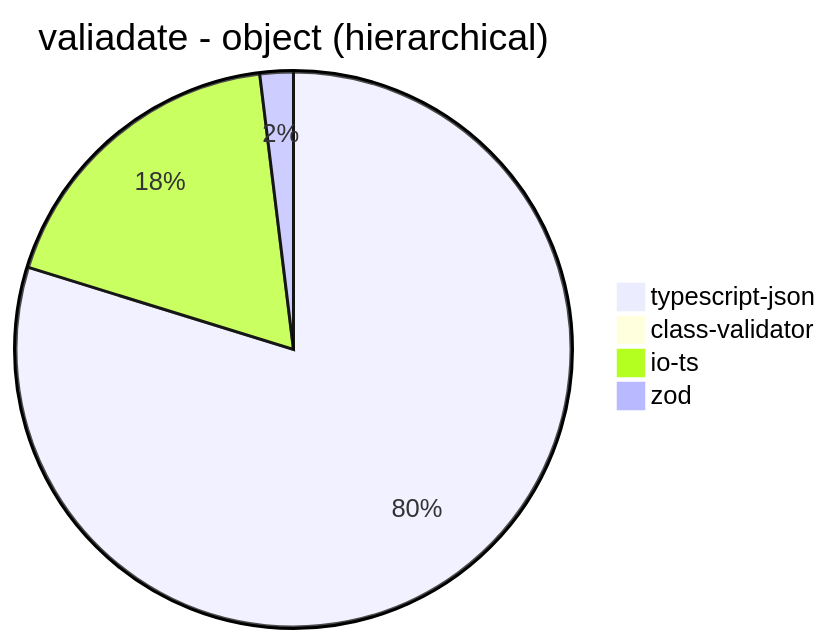
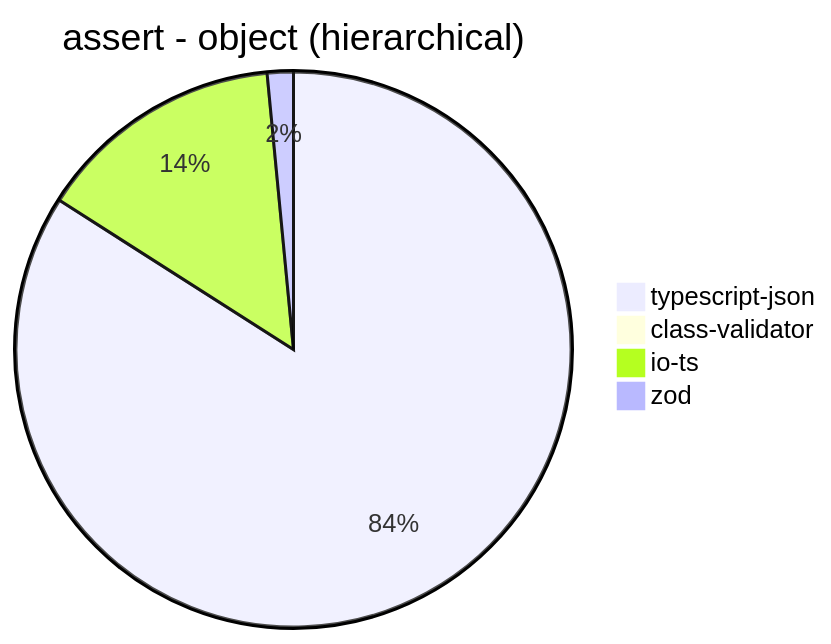
Before and after one commit to samchon/typia: the ninth of 40 diagrams in benchmark/results/AMD Ryzen 7 5800H with Radeon Graphics.md, drawn with Mermaid. The commit also changed other lines of this file and 4 other files, not shown here.

````diff
--- a/benchmark/results/AMD Ryzen 7 5800H with Radeon Graphics.md
+++ b/benchmark/results/AMD Ryzen 7 5800H with Radeon Graphics.md
@@ -118,7 +118,7 @@
 ```mermaid
-pie title valiadate - object (hierarchical)
-  "typescript-json": 17242.957746478874
-  "class-validator": 62.236866190737686
-  "io-ts": 3948.5559566787
-  "zod": 420.199736197475
+pie title assert - object (hierarchical)
+  "typescript-json": 22726.51394068549
+  "class-validator": 61.11010667148798
+  "io-ts": 3907.6241134751776
+  "zod": 410.6429349800218
 ```
````
